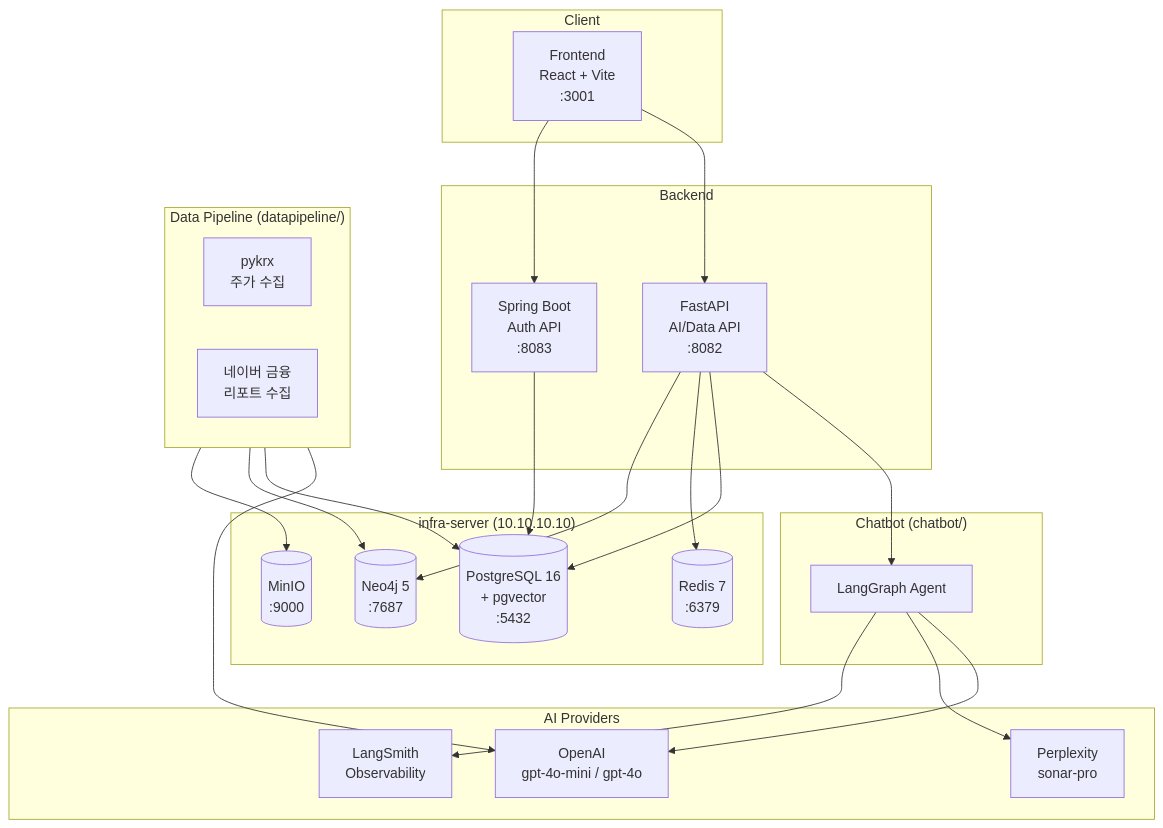
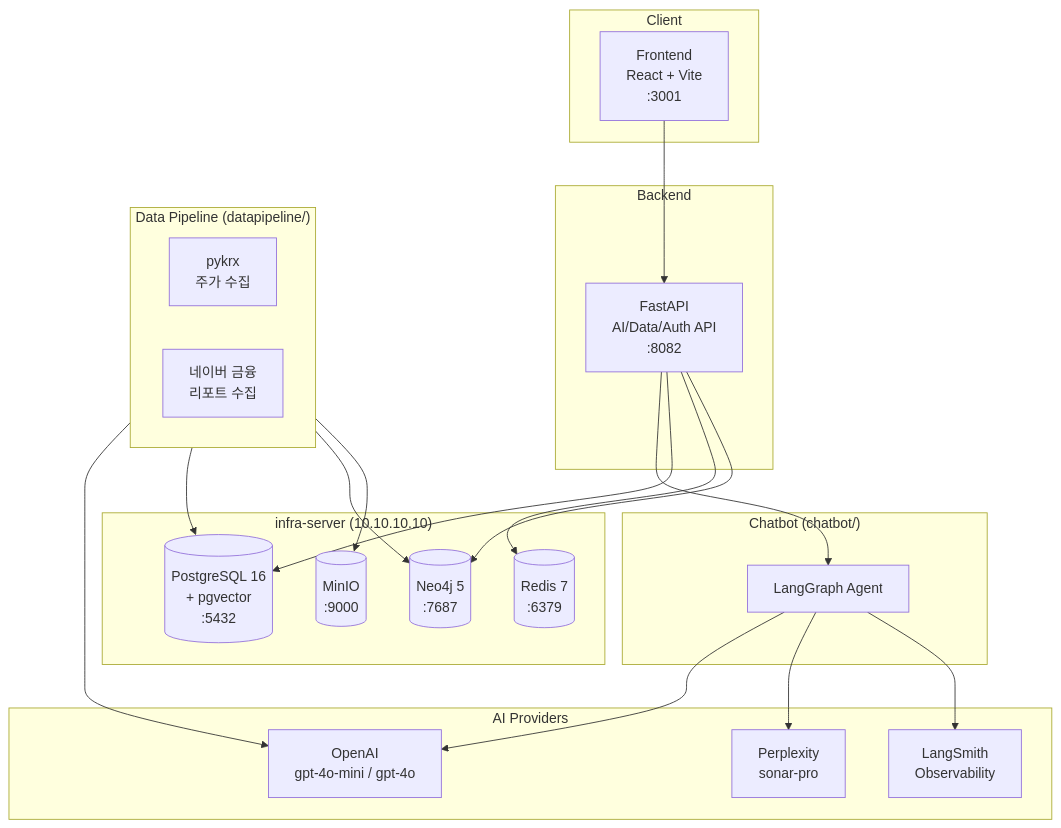
One commit to 404-NFYet/adelie-investment changed the diagram in README.md. Above: the diagram before and after it, drawn with Mermaid. The commit also changed other lines of this file and 3 other files, not shown here.

First line of the commit message:
docs: Spring Boot 제거 반영 문서 업데이트

````diff
--- a/README.md
+++ b/README.md
@@ -14,48 +14,45 @@
 ```mermaid
 graph TB
     subgraph Client
         FE[Frontend<br/>React + Vite<br/>:3001]
     end
 
     subgraph Backend
-        FAST[FastAPI<br/>AI/Data API<br/>:8082]
-        SPRING[Spring Boot<br/>Auth API<br/>:8083]
+        API[FastAPI<br/>AI/Data/Auth API<br/>:8082]
     end
 
     subgraph Chatbot["Chatbot (chatbot/)"]
         AGENT[LangGraph Agent]
     end
 
     subgraph Pipeline["Data Pipeline (datapipeline/)"]
         PYKRX[pykrx<br/>주가 수집]
         NAVER[네이버 금융<br/>리포트 수집]
     end
 
     subgraph AI["AI Providers"]
         OPENAI[OpenAI<br/>gpt-4o-mini / gpt-4o]
         PPLX[Perplexity<br/>sonar-pro]
         LSMITH[LangSmith<br/>Observability]
     end
 
     subgraph Infra["infra-server (10.10.10.10)"]
         PG[(PostgreSQL 16<br/>+ pgvector<br/>:5432)]
         REDIS[(Redis 7<br/>:6379)]
         NEO4J[(Neo4j 5<br/>:7687)]
         MINIO[(MinIO<br/>:9000)]
     end
 
-    FE --> FAST
-    FE --> SPRING
-    FAST --> AGENT
+    FE --> API
+    API --> AGENT
     AGENT --> OPENAI
     AGENT --> PPLX
     AGENT --> LSMITH
-    FAST --> PG
-    FAST --> REDIS
-    FAST --> NEO4J
-    SPRING --> PG
+    API --> PG
+    API --> REDIS
+    API --> NEO4J
     Pipeline --> OPENAI
     Pipeline --> PG
     Pipeline --> NEO4J
     Pipeline --> MINIO
 ```
````
